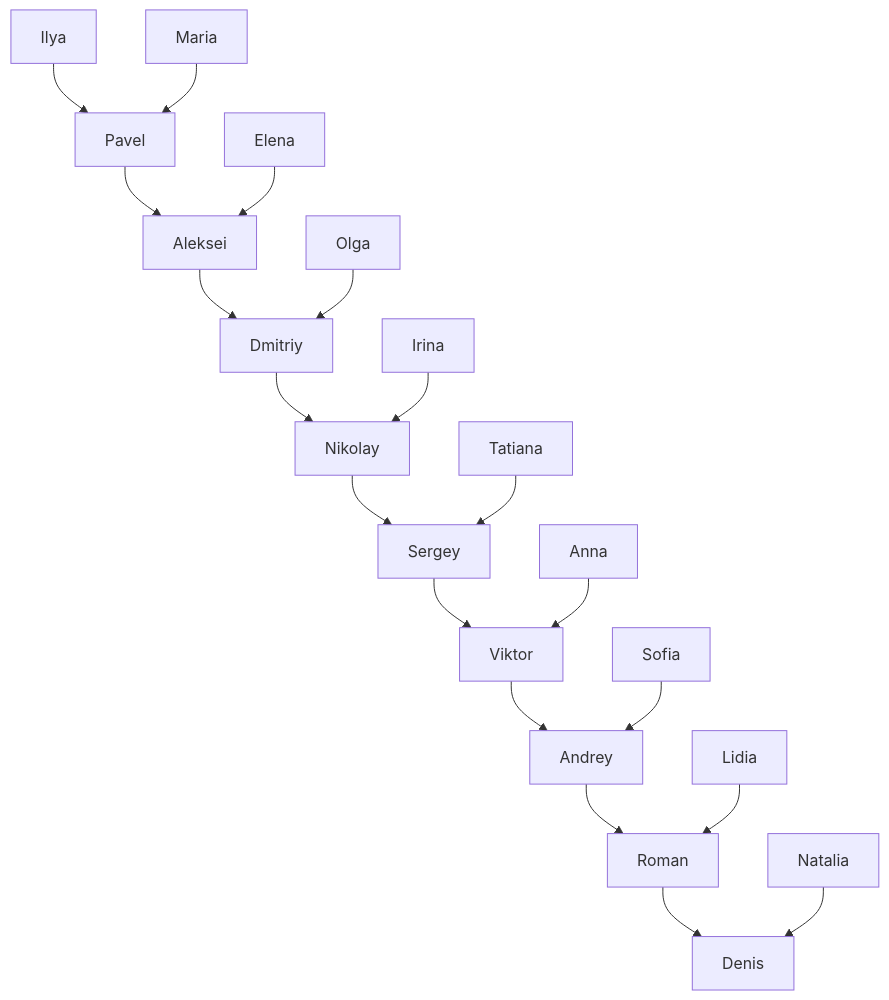
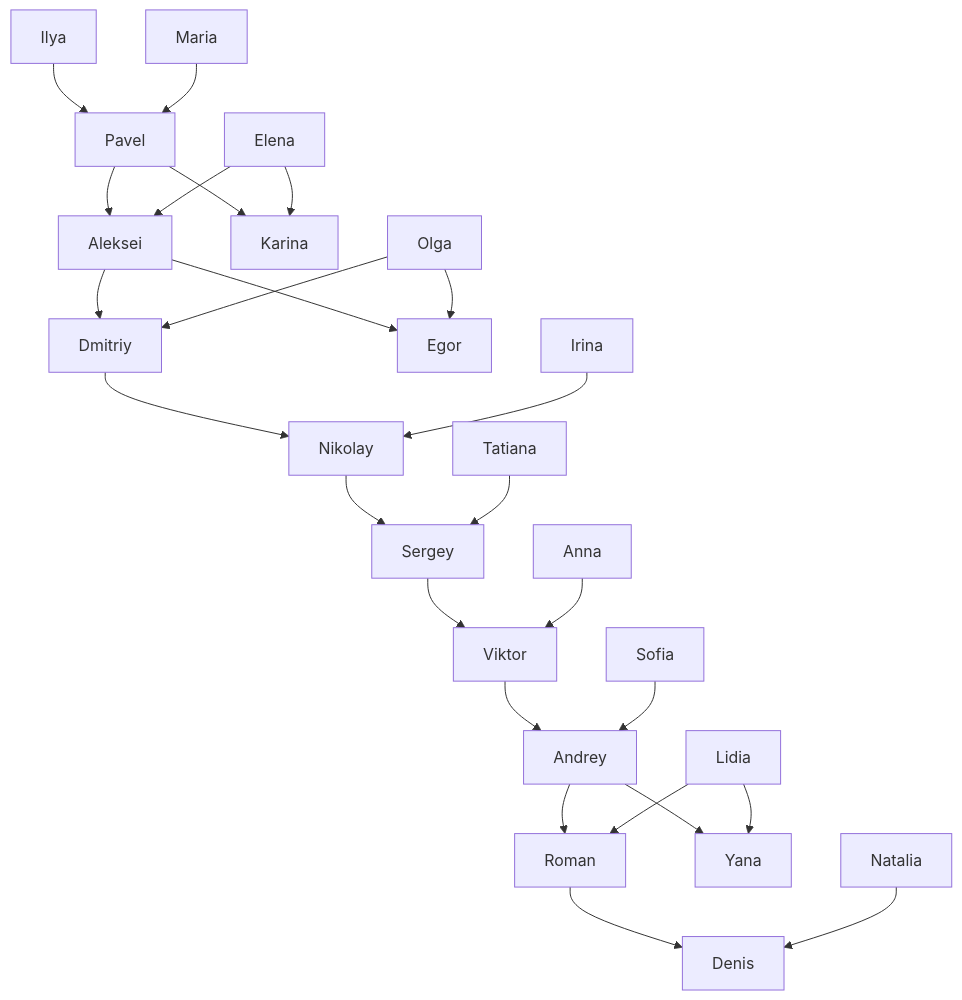
Before and after one commit to Denisow23/prolog: the first of 2 diagrams in REPORT.md, drawn with Mermaid. The commit also changed other lines of this file, not shown here.

Commit message:
Уточнить диаграммы в отчете: добавить сиблингов и все элементы транспорта

````diff
--- a/REPORT.md
+++ b/REPORT.md
@@ -11,21 +11,35 @@
 ```mermaid
 flowchart TB
     Ilya --> Pavel
     Maria --> Pavel
+
     Pavel --> Aleksei
     Elena --> Aleksei
+    Pavel --> Karina
+    Elena --> Karina
+
     Aleksei --> Dmitriy
     Olga --> Dmitriy
+    Aleksei --> Egor
+    Olga --> Egor
+
     Dmitriy --> Nikolay
     Irina --> Nikolay
+
     Nikolay --> Sergey
     Tatiana --> Sergey
+
     Sergey --> Viktor
     Anna --> Viktor
+
     Viktor --> Andrey
     Sofia --> Andrey
+
     Andrey --> Roman
     Lidia --> Roman
+    Andrey --> Yana
+    Lidia --> Yana
+
     Roman --> Denis
     Natalia --> Denis
 ```
````
